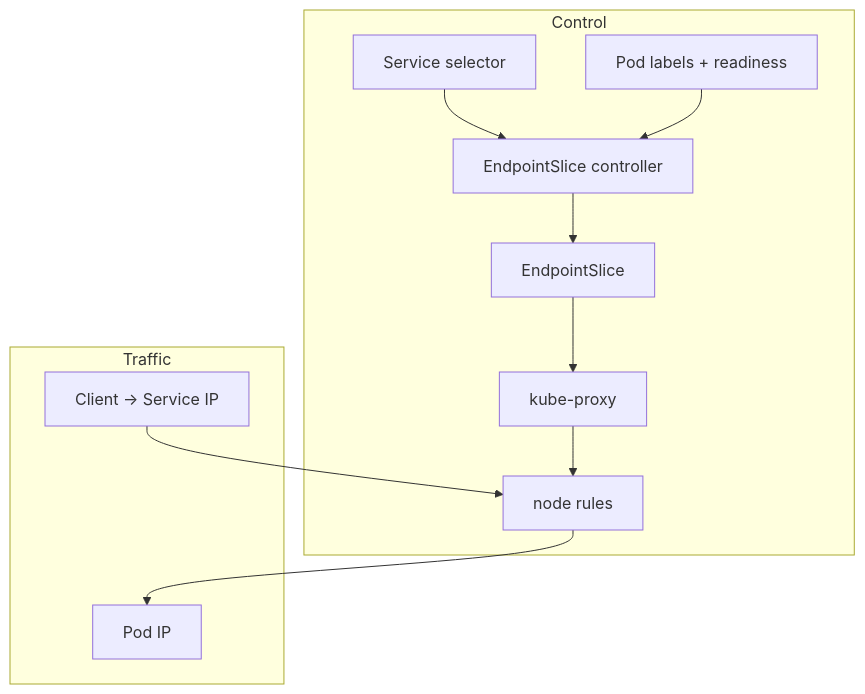
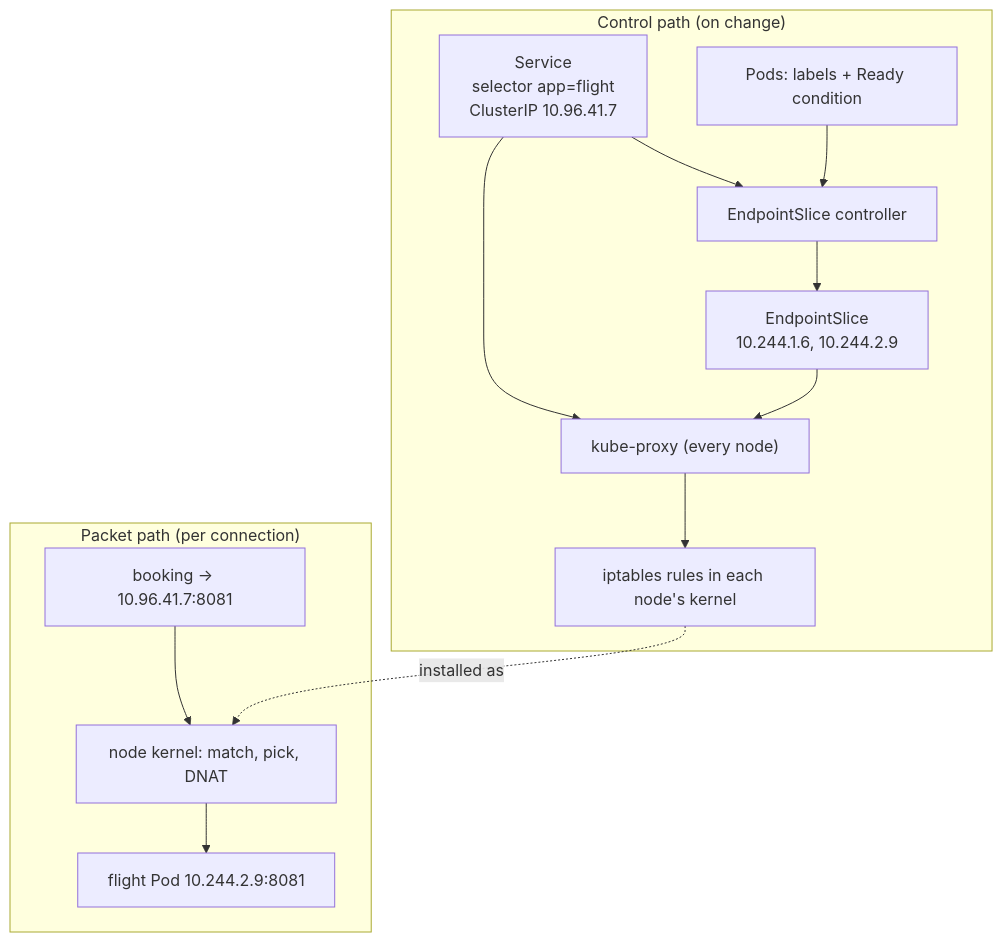
Before and after one commit to darshan-raul/apollo11-docs: the diagram in docs/learn/networking/service-control-and-data-paths.md, drawn with Mermaid. The commit also changed other lines of this file and 7 other files, not shown here.

````diff
--- a/docs/learn/networking/service-control-and-data-paths.md
+++ b/docs/learn/networking/service-control-and-data-paths.md
@@ -37,12 +23,15 @@
 ```mermaid
 flowchart TB
-  subgraph Control
-    S[Service selector] --> ESC[EndpointSlice controller]
-    P[Pod labels + readiness] --> ESC
-    ESC --> ES[EndpointSlice]
-    ES --> KP[kube-proxy] --> R[node rules]
+  subgraph CP["Control path (on change)"]
+    S["Service<br/>selector app=flight<br/>ClusterIP 10.96.41.7"] --> ESC[EndpointSlice controller]
+    P["Pods: labels + Ready condition"] --> ESC
+    ESC --> ES["EndpointSlice<br/>10.244.1.6, 10.244.2.9"]
+    S --> KP["kube-proxy (every node)"]
+    ES --> KP
+    KP --> R["iptables rules in each node's kernel"]
   end
-  subgraph Traffic
-    C[Client → Service IP] --> R --> B[Pod IP]
+  subgraph DP["Packet path (per connection)"]
+    C["booking → 10.96.41.7:8081"] --> R2["node kernel: match, pick, DNAT"] --> B["flight Pod 10.244.2.9:8081"]
   end
+  R -.installed as.-> R2
 ```
````
